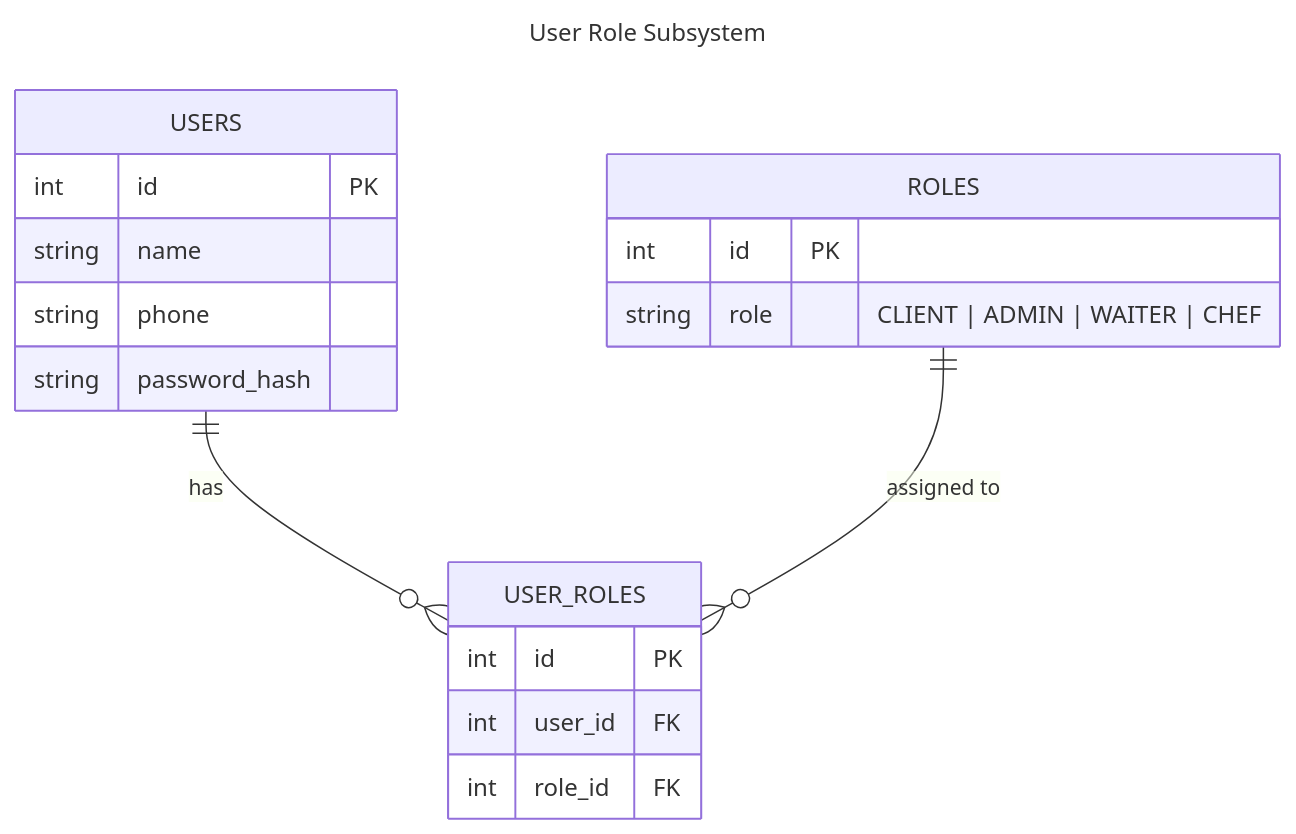
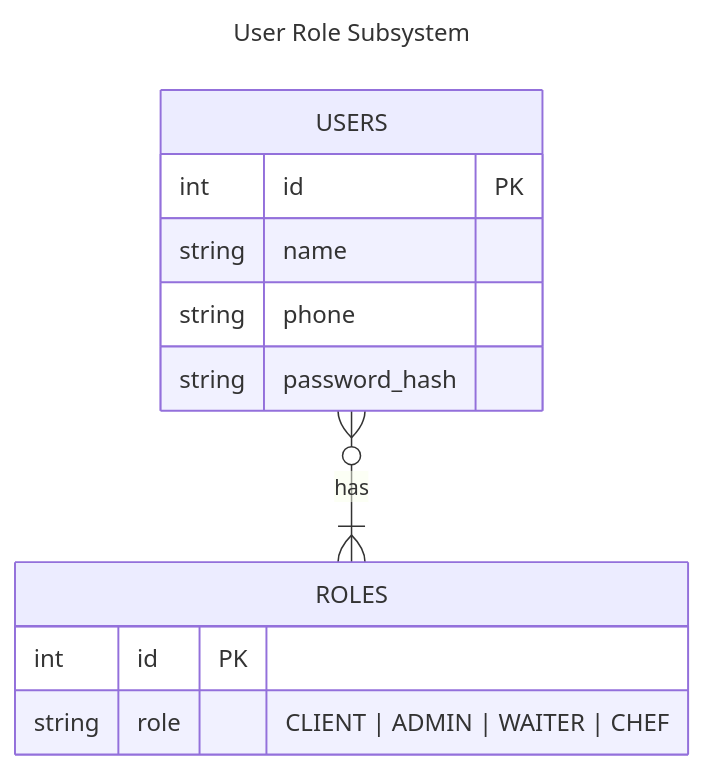
Before and after one commit to cyjiky/TableFlow: the diagram in Labs/Lab1/models/user_model.mmd, drawn with Mermaid. The commit also changed 6 other files, not shown here.

```diff
--- a/Labs/Lab1/models/user_model.mmd
+++ b/Labs/Lab1/models/user_model.mmd
@@ -1,24 +1,17 @@
 ---
 title: User Role Subsystem
 ---
 erDiagram
-    USERS ||--o{ USER_ROLES : "has"
-    ROLES ||--o{ USER_ROLES : "assigned to"
+    USERS }o--|{ ROLES : "has"
 
     USERS {
         int id PK
         string name
         string phone
         string password_hash
     }
 
     ROLES {
         int id PK
         string role "CLIENT | ADMIN | WAITER | CHEF"
     }
-
-    USER_ROLES {
-        int id PK
-        int user_id FK
-        int role_id FK
-    }
```
